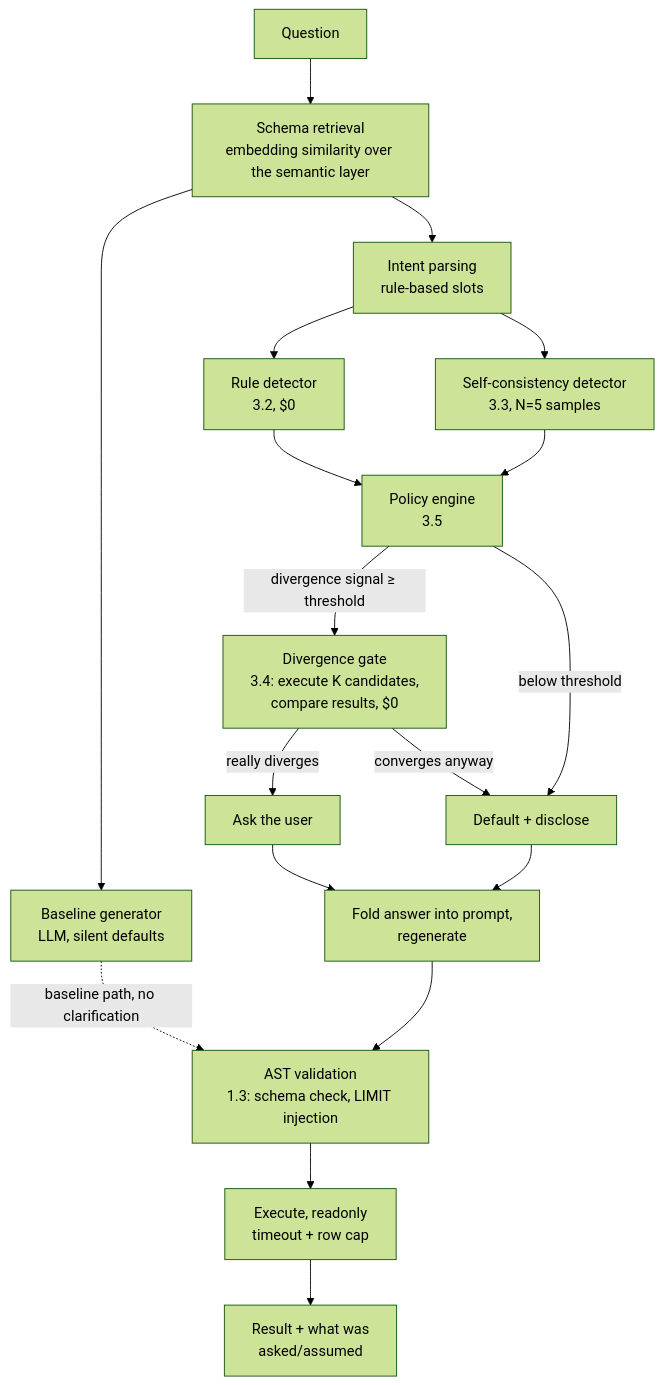
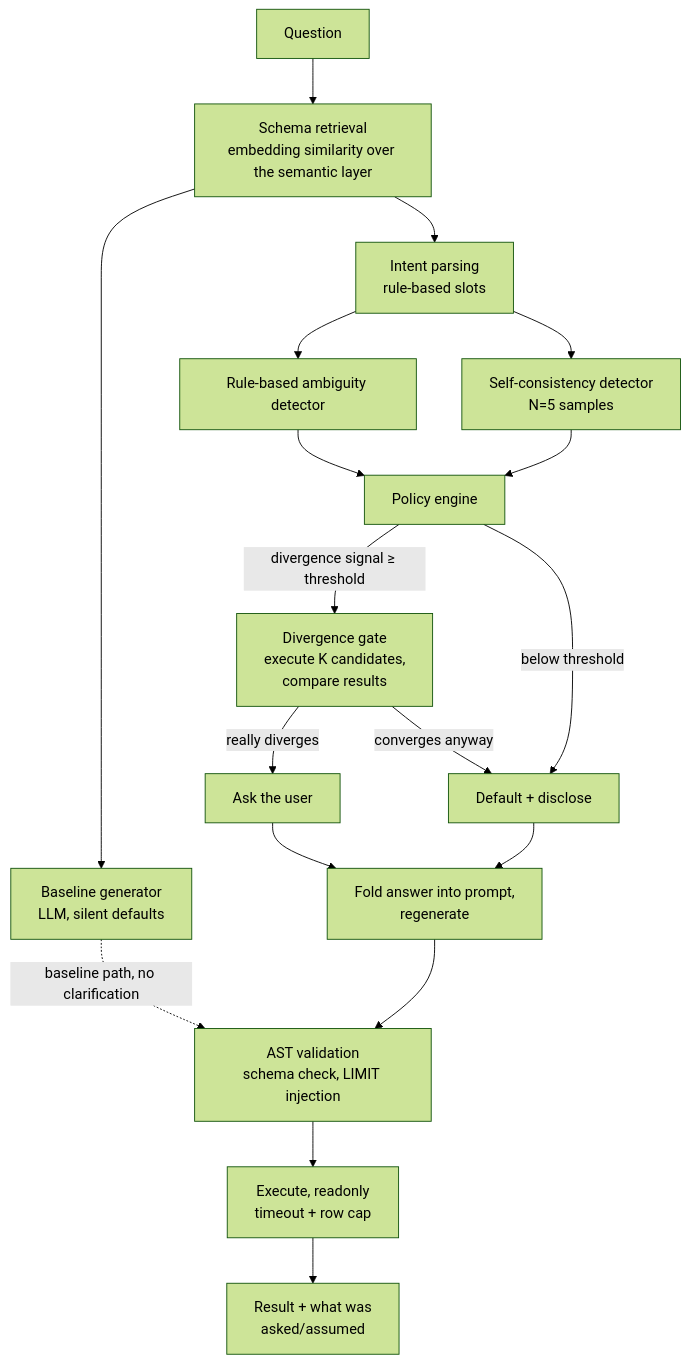
Before and after one commit to anshujod/text-to-sql: the diagram in README.md, drawn with Mermaid (forest theme). The commit also changed other lines of this file, not shown here.

````diff
--- a/README.md
+++ b/README.md
@@ -58,20 +58,20 @@
 ```mermaid
 flowchart TD
     Q[Question] --> R[Schema retrieval<br/>embedding similarity over the semantic layer]
     R --> G0[Baseline generator<br/>LLM, silent defaults]
     R --> P[Intent parsing<br/>rule-based slots]
-    P --> D1[Rule detector<br/>3.2, $0]
-    P --> D2[Self-consistency detector<br/>3.3, N=5 samples]
-    D1 --> POL[Policy engine<br/>3.5]
+    P --> D1[Rule-based ambiguity detector]
+    P --> D2[Self-consistency detector<br/>N=5 samples]
+    D1 --> POL[Policy engine]
     D2 --> POL
-    POL -->|divergence signal ≥ threshold| DIV[Divergence gate<br/>3.4: execute K candidates,<br/>compare results, $0]
+    POL -->|divergence signal ≥ threshold| DIV[Divergence gate<br/>execute K candidates,<br/>compare results]
     DIV -->|really diverges| ASK[Ask the user]
     DIV -->|converges anyway| DEF[Default + disclose]
     POL -->|below threshold| DEF
     ASK --> RESOLVE[Fold answer into prompt,<br/>regenerate]
     DEF --> RESOLVE
     G0 -.baseline path, no clarification.-> VAL
-    RESOLVE --> VAL[AST validation<br/>1.3: schema check, LIMIT injection]
+    RESOLVE --> VAL[AST validation<br/>schema check, LIMIT injection]
     VAL --> EXEC[Execute, readonly<br/>timeout + row cap]
     EXEC --> OUT[Result + what was<br/>asked/assumed]
 ```
````
